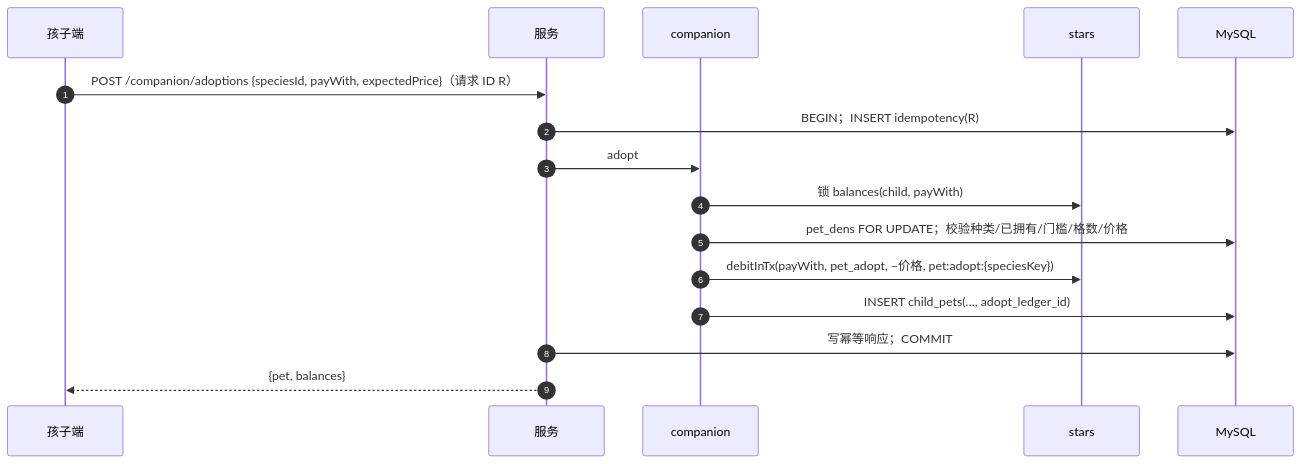
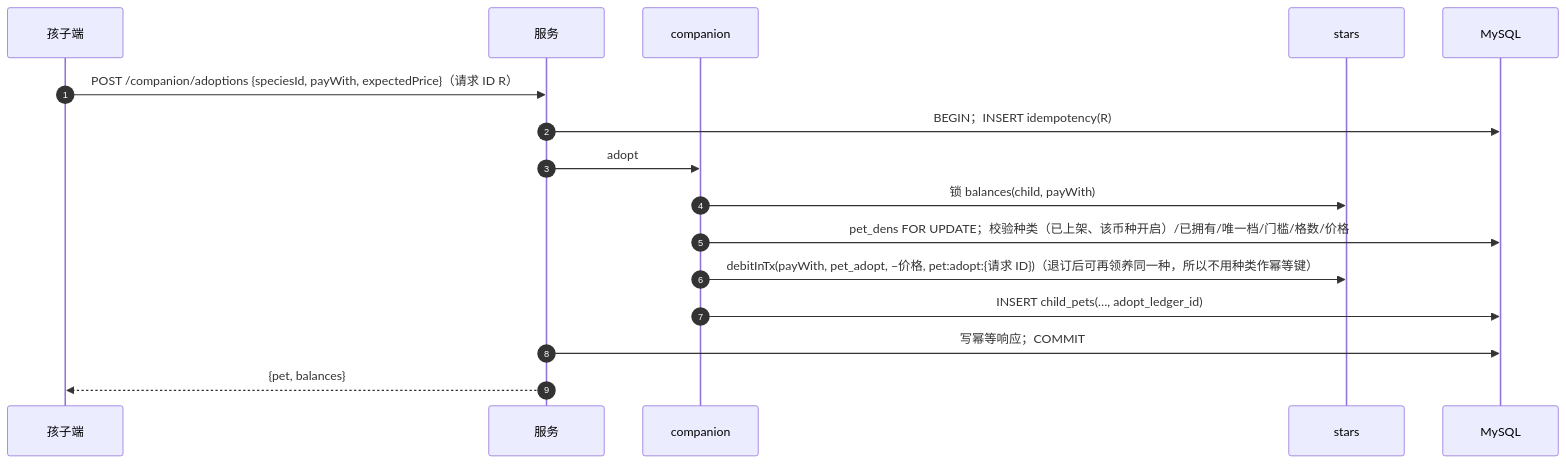
Before and after one commit to leomoon2016/xingya: the diagram in docs/03-design/modules/companion.md, drawn with Mermaid. The commit also changed other lines of this file and 26 other files, not shown here.

````diff
--- a/docs/03-design/modules/companion.md
+++ b/docs/03-design/modules/companion.md
@@ -54,18 +66,18 @@
 ```mermaid
 sequenceDiagram
   autonumber
   participant K as 孩子端
   participant API as 服务
   participant CP as companion
   participant S as stars
   participant DB as MySQL
   K->>API: POST /companion/adoptions {speciesId, payWith, expectedPrice}（请求 ID R）
   API->>DB: BEGIN；INSERT idempotency(R)
   API->>CP: adopt
   CP->>S: 锁 balances(child, payWith)
-  CP->>DB: pet_dens FOR UPDATE；校验种类/已拥有/门槛/格数/价格
-  CP->>S: debitInTx(payWith, pet_adopt, −价格, pet:adopt:{speciesKey})
+  CP->>DB: pet_dens FOR UPDATE；校验种类（已上架、该币种开启）/已拥有/唯一档/门槛/格数/价格
+  CP->>S: debitInTx(payWith, pet_adopt, −价格, pet:adopt:{请求 ID})（退订后可再领养同一种，所以不用种类作幂等键）
   CP->>DB: INSERT child_pets(…, adopt_ledger_id)
   API->>DB: 写幂等响应；COMMIT
   API-->>K: {pet, balances}
 ```
````
